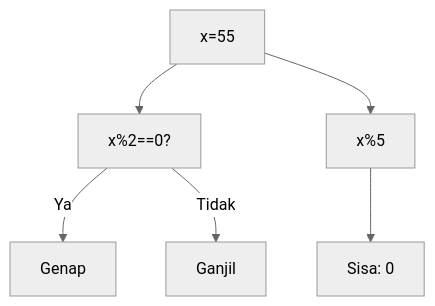
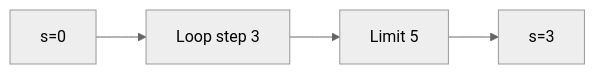
One commit to amnahwaida/OSNK_INF_PREP changed the ninth of 25 diagrams in part-c-pemahaman-cpp/03-perulangan/latihan/set-06.md. Above: the diagram before and after it, drawn with Mermaid (neutral theme). The commit also changed other lines of this file and 71 other files, not shown here.

````diff
--- a/part-c-pemahaman-cpp/03-perulangan/latihan/set-06.md
+++ b/part-c-pemahaman-cpp/03-perulangan/latihan/set-06.md
@@ -268,8 +237,6 @@
 ```mermaid
-graph TD
-A["x=55"] --> B["x%2==0?"]
-B -- Ya --> C["Genap"]
-B -- Tidak --> D["Ganjil"]
-A --> E["x%5"]
-E --> F["Sisa: 0"]
+graph LR
+A["s=0"] --> B["Loop step 3"]
+B --> C["Limit 5"]
+C --> D["s=3"]
 ```
````
